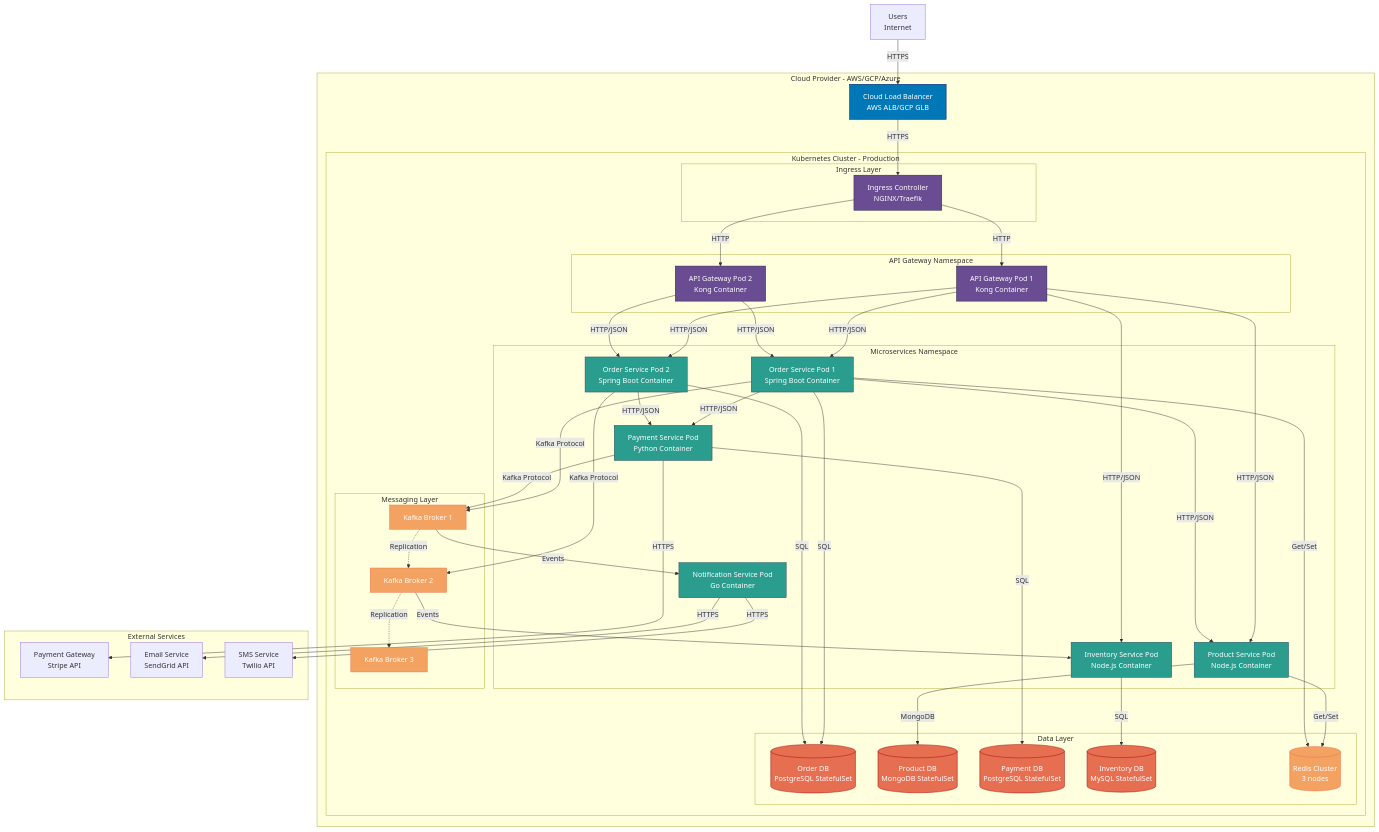
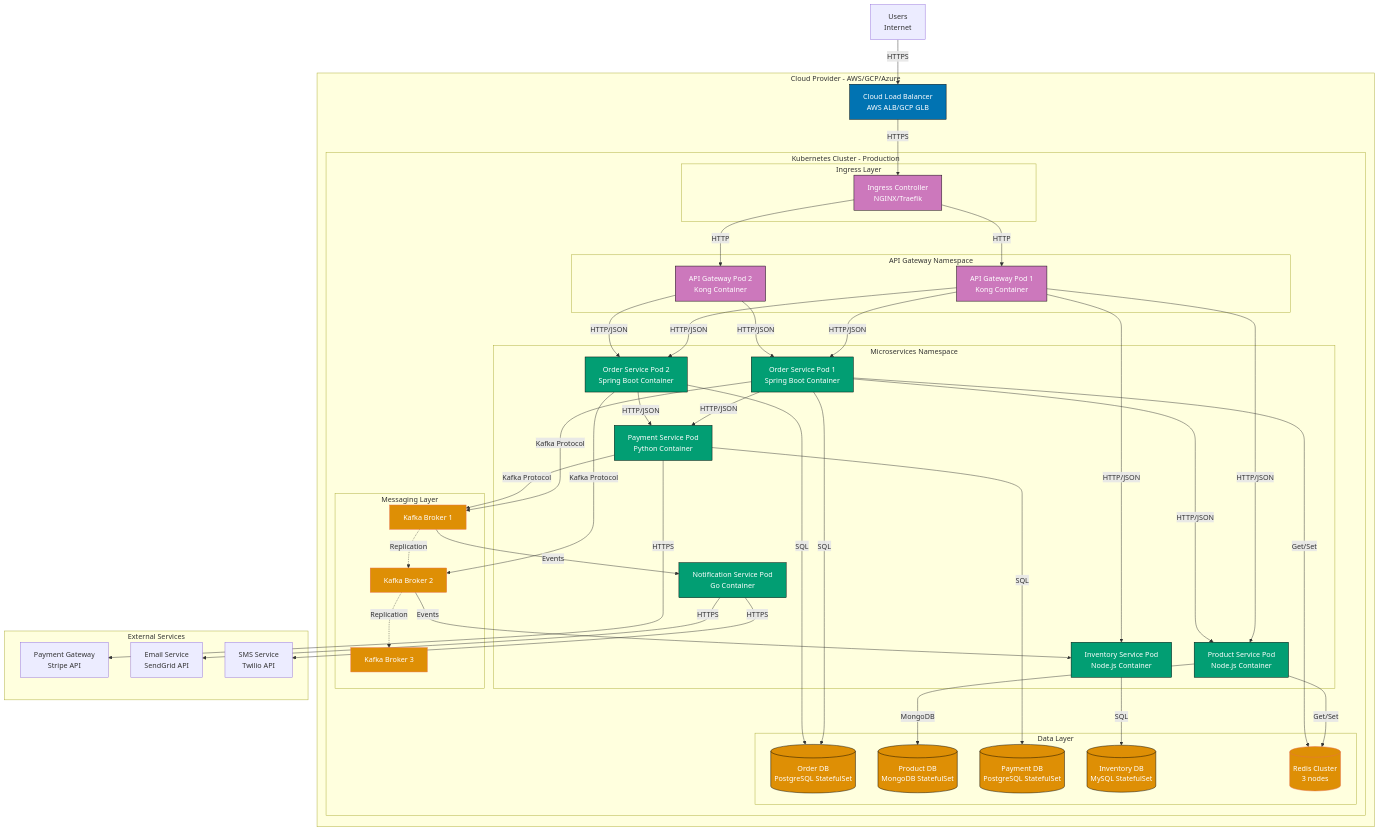
The ninth of 12 diagrams in docs/explanation/ex__c4-architecture-model.md (wahidyankf/open-sharia-enterprise), drawn with Mermaid before and after one commit. The commit also changed other lines of this file, not shown here.

First line of the commit message:
docs(explanation): enhance C4 architecture model with official guidance

````diff
--- a/docs/explanation/ex__c4-architecture-model.md
+++ b/docs/explanation/ex__c4-architecture-model.md
@@ -1099,22 +1384,22 @@
     NOTIF_POD -->|HTTPS| SENDGRID
     NOTIF_POD -->|HTTPS| TWILIO
 
-    style INGRESS fill:#6a4c93,stroke:#22223b,color:#ffffff
-    style APIGW_POD1 fill:#6a4c93,stroke:#22223b,color:#ffffff
-    style APIGW_POD2 fill:#6a4c93,stroke:#22223b,color:#ffffff
-    style ORDER_POD1 fill:#2a9d8f,stroke:#264653,color:#ffffff
-    style ORDER_POD2 fill:#2a9d8f,stroke:#264653,color:#ffffff
-    style PRODUCT_POD fill:#2a9d8f,stroke:#264653,color:#ffffff
-    style PAYMENT_POD fill:#2a9d8f,stroke:#264653,color:#ffffff
-    style INVENTORY_POD fill:#2a9d8f,stroke:#264653,color:#ffffff
-    style NOTIF_POD fill:#2a9d8f,stroke:#264653,color:#ffffff
-    style ORDER_DB fill:#e76f51,stroke:#9d0208,color:#ffffff
-    style PRODUCT_DB fill:#e76f51,stroke:#9d0208,color:#ffffff
-    style PAYMENT_DB fill:#e76f51,stroke:#9d0208,color:#ffffff
-    style INVENTORY_DB fill:#e76f51,stroke:#9d0208,color:#ffffff
-    style REDIS_CLUSTER fill:#f4a261,stroke:#e76f51,color:#ffffff
-    style KAFKA_1 fill:#f4a261,stroke:#e76f51,color:#ffffff
-    style KAFKA_2 fill:#f4a261,stroke:#e76f51,color:#ffffff
-    style KAFKA_3 fill:#f4a261,stroke:#e76f51,color:#ffffff
-    style LB fill:#0077b6,stroke:#03045e,color:#ffffff
+    style INGRESS fill:#CC78BC,stroke:#000000,color:#ffffff
+    style APIGW_POD1 fill:#CC78BC,stroke:#000000,color:#ffffff
+    style APIGW_POD2 fill:#CC78BC,stroke:#000000,color:#ffffff
+    style ORDER_POD1 fill:#029E73,stroke:#000000,color:#ffffff
+    style ORDER_POD2 fill:#029E73,stroke:#000000,color:#ffffff
+    style PRODUCT_POD fill:#029E73,stroke:#000000,color:#ffffff
+    style PAYMENT_POD fill:#029E73,stroke:#000000,color:#ffffff
+    style INVENTORY_POD fill:#029E73,stroke:#000000,color:#ffffff
+    style NOTIF_POD fill:#029E73,stroke:#000000,color:#ffffff
+    style ORDER_DB fill:#DE8F05,stroke:#000000,color:#ffffff
+    style PRODUCT_DB fill:#DE8F05,stroke:#000000,color:#ffffff
+    style PAYMENT_DB fill:#DE8F05,stroke:#000000,color:#ffffff
+    style INVENTORY_DB fill:#DE8F05,stroke:#000000,color:#ffffff
+    style REDIS_CLUSTER fill:#DE8F05,stroke:#e76f51,color:#ffffff
+    style KAFKA_1 fill:#DE8F05,stroke:#e76f51,color:#ffffff
+    style KAFKA_2 fill:#DE8F05,stroke:#e76f51,color:#ffffff
+    style KAFKA_3 fill:#DE8F05,stroke:#e76f51,color:#ffffff
+    style LB fill:#0173B2,stroke:#000000,color:#ffffff
 ```
````
